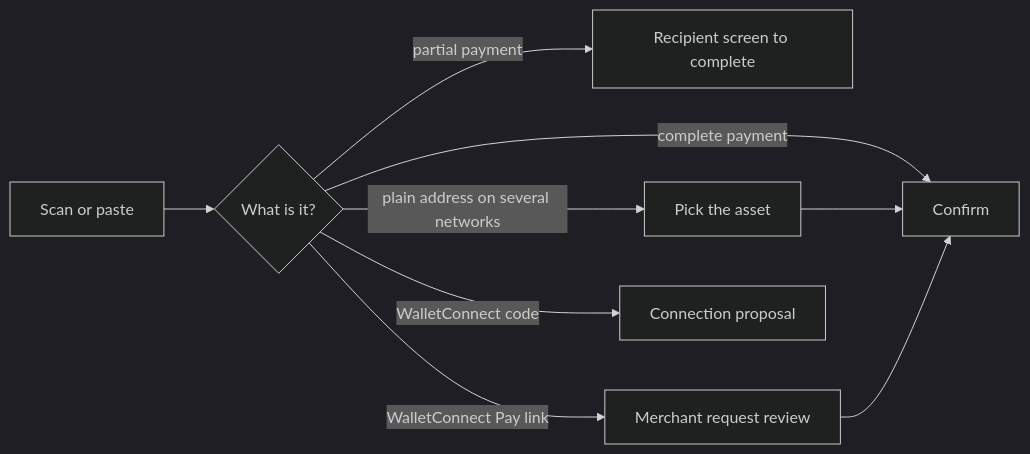
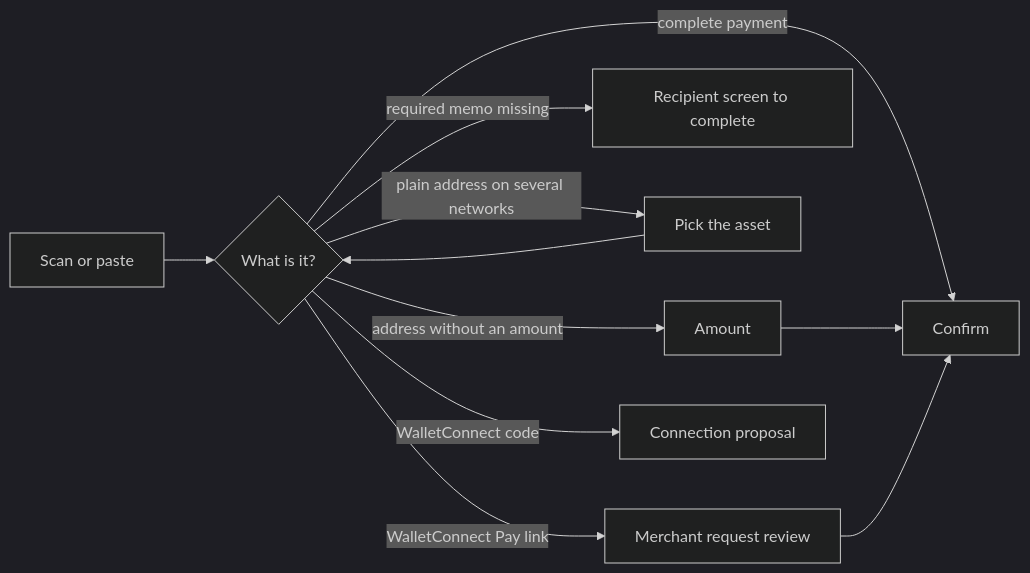
The second of 2 diagrams in docs/product/transfer.md (gemwalletcom/wallet), drawn with Mermaid (dark theme) before and after one commit. The commit also changed other lines of this file and 24 other files, not shown here.

First line of the commit message:
Open the amount screen after scanning an address without an amount (#1377)

````diff
--- a/docs/product/transfer.md
+++ b/docs/product/transfer.md
@@ -23,9 +23,10 @@
 ```mermaid
 flowchart LR
     A[Scan or paste] --> B{What is it?}
     B -- complete payment --> C[Confirm]
-    B -- partial payment --> D[Recipient screen to complete]
-    B -- plain address on several networks --> E[Pick the asset] --> C
+    B -- address without an amount --> H[Amount] --> C
+    B -- required memo missing --> D[Recipient screen to complete]
+    B -- plain address on several networks --> E[Pick the asset] --> B
     B -- WalletConnect Pay link --> F[Merchant request review] --> C
     B -- WalletConnect code --> G[Connection proposal]
 ```
````
